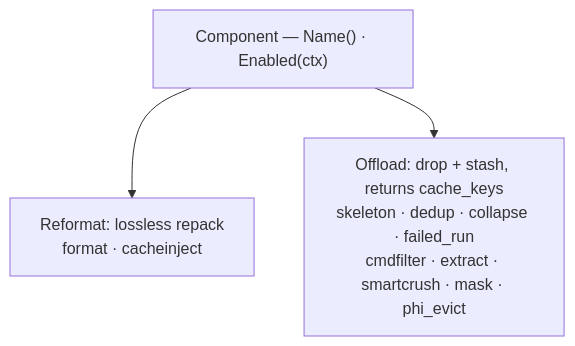
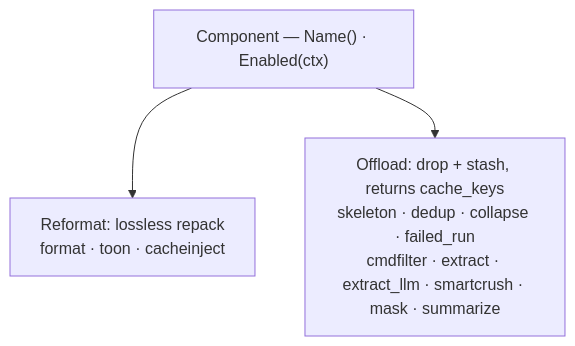
The second of 2 diagrams in README.md (itay-nakash/context-guru), drawn with Mermaid before and after one commit. The commit also changed other lines of this file and 97 other files, not shown here.

````diff
--- a/README.md
+++ b/README.md
@@ -33,6 +71,6 @@
 ```mermaid
 flowchart TD
   C["Component — Name() · Enabled(ctx)"]
-  C --> R["Reformat: lossless repack<br/>format · cacheinject"]
-  C --> O["Offload: drop + stash, returns cache_keys<br/>skeleton · dedup · collapse · failed_run<br/>cmdfilter · extract · smartcrush · mask · phi_evict"]
+  C --> R["Reformat: lossless repack<br/>format · toon · cacheinject"]
+  C --> O["Offload: drop + stash, returns cache_keys<br/>skeleton · dedup · collapse · failed_run<br/>cmdfilter · extract · extract_llm · smartcrush · mask · summarize"]
 ```
````
